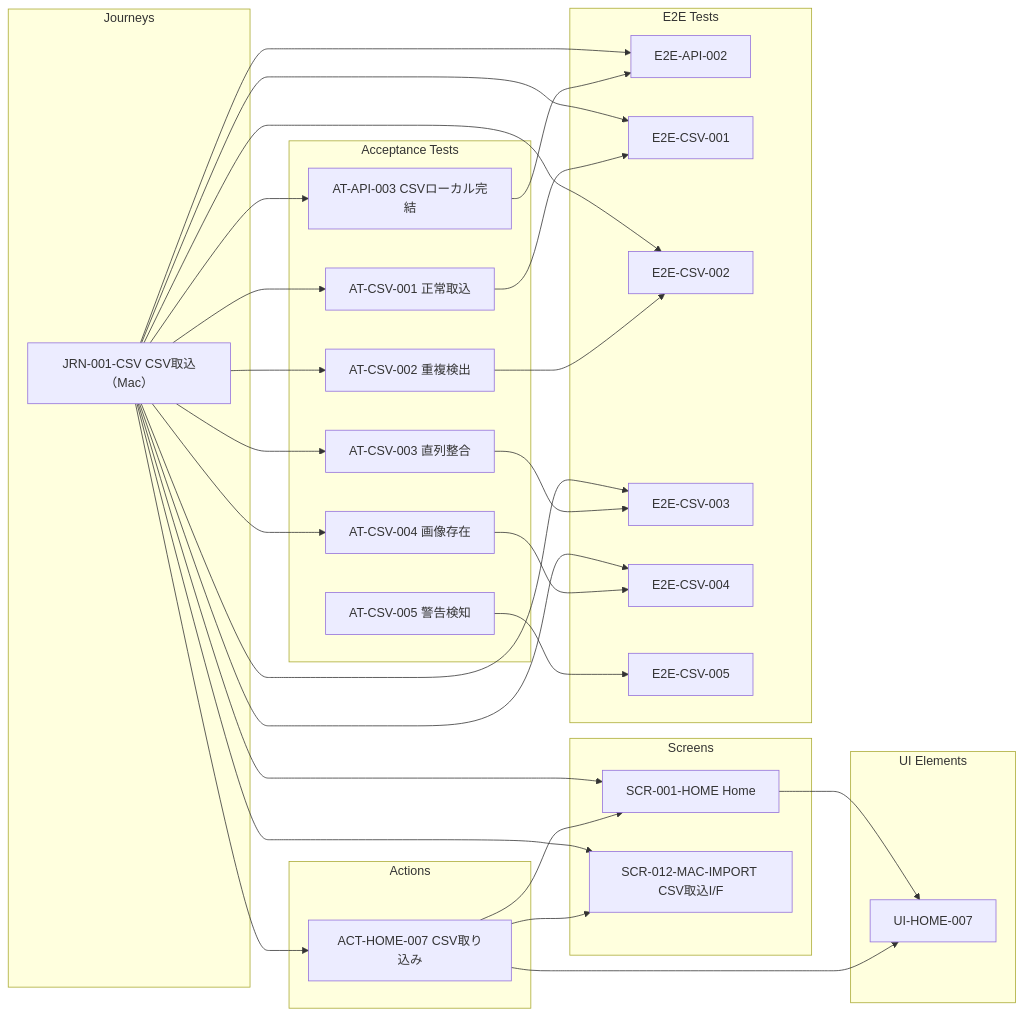
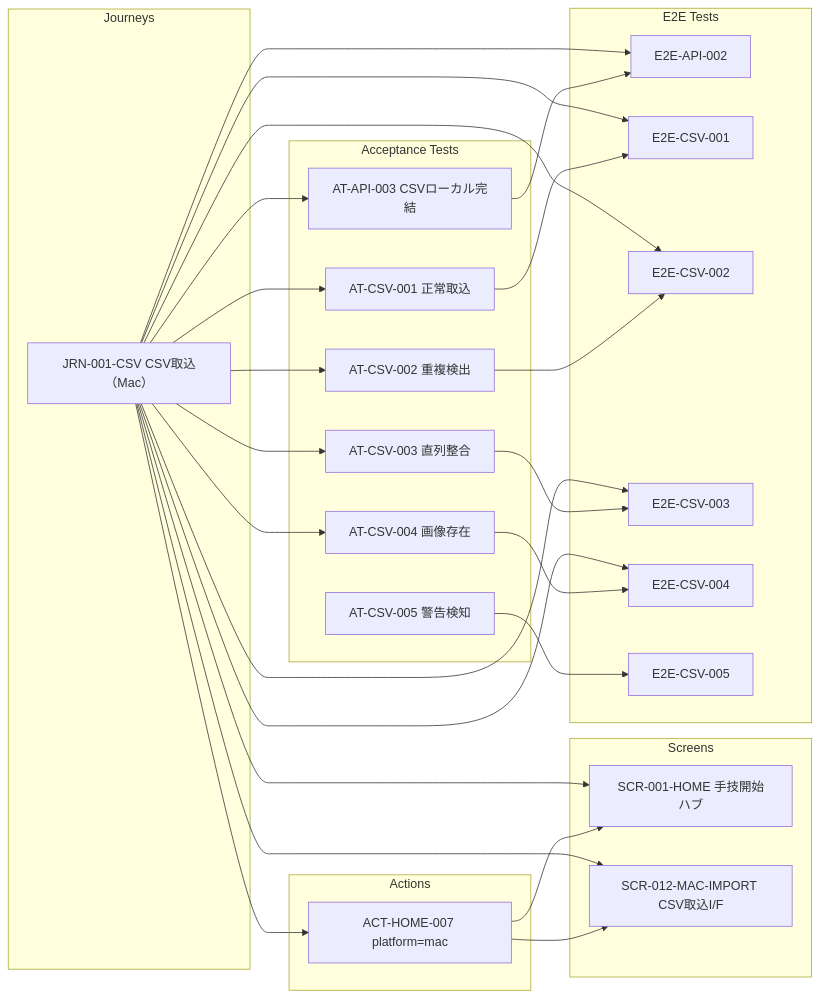
One commit to h-sakanet/capd_navi changed the diagram in docs/generated/screens/SCR-012-MAC-IMPORT.md. Above: the diagram before and after it, drawn with Mermaid. The commit also changed 475 other files, not shown here.

````diff
--- a/docs/generated/screens/SCR-012-MAC-IMPORT.md
+++ b/docs/generated/screens/SCR-012-MAC-IMPORT.md
@@ -3,56 +3,51 @@
 ```mermaid
 flowchart LR
   %% SCR-012-MAC-IMPORT
   subgraph JRN["Journeys"]
     N14["JRN-001-CSV CSV取込（Mac）"]
   end
   subgraph ACT["Actions"]
-    N1["ACT-HOME-007 CSV取り込み"]
+    N1["ACT-HOME-007 platform=mac"]
   end
   subgraph SCR["Screens"]
-    N15["SCR-001-HOME Home"]
+    N15["SCR-001-HOME 手技開始ハブ"]
     N16["SCR-012-MAC-IMPORT CSV取込I/F"]
-  end
-  subgraph UI["UI Elements"]
-    N17["UI-HOME-007"]
   end
   subgraph AT["Acceptance Tests"]
     N2["AT-API-003 CSVローカル完結"]
     N3["AT-CSV-001 正常取込"]
     N4["AT-CSV-002 重複検出"]
     N5["AT-CSV-003 直列整合"]
     N6["AT-CSV-004 画像存在"]
     N7["AT-CSV-005 警告検知"]
   end
   subgraph E2E["E2E Tests"]
     N8["E2E-API-002"]
     N9["E2E-CSV-001"]
     N10["E2E-CSV-002"]
     N11["E2E-CSV-003"]
     N12["E2E-CSV-004"]
     N13["E2E-CSV-005"]
   end
   N1 --> N15
   N1 --> N16
-  N1 --> N17
   N2 --> N8
   N3 --> N9
   N4 --> N10
   N5 --> N11
   N6 --> N12
   N7 --> N13
   N14 --> N1
   N14 --> N2
   N14 --> N3
   N14 --> N4
   N14 --> N5
   N14 --> N6
   N14 --> N8
   N14 --> N9
   N14 --> N10
   N14 --> N11
   N14 --> N12
   N14 --> N15
   N14 --> N16
-  N15 --> N17
 ```
````
